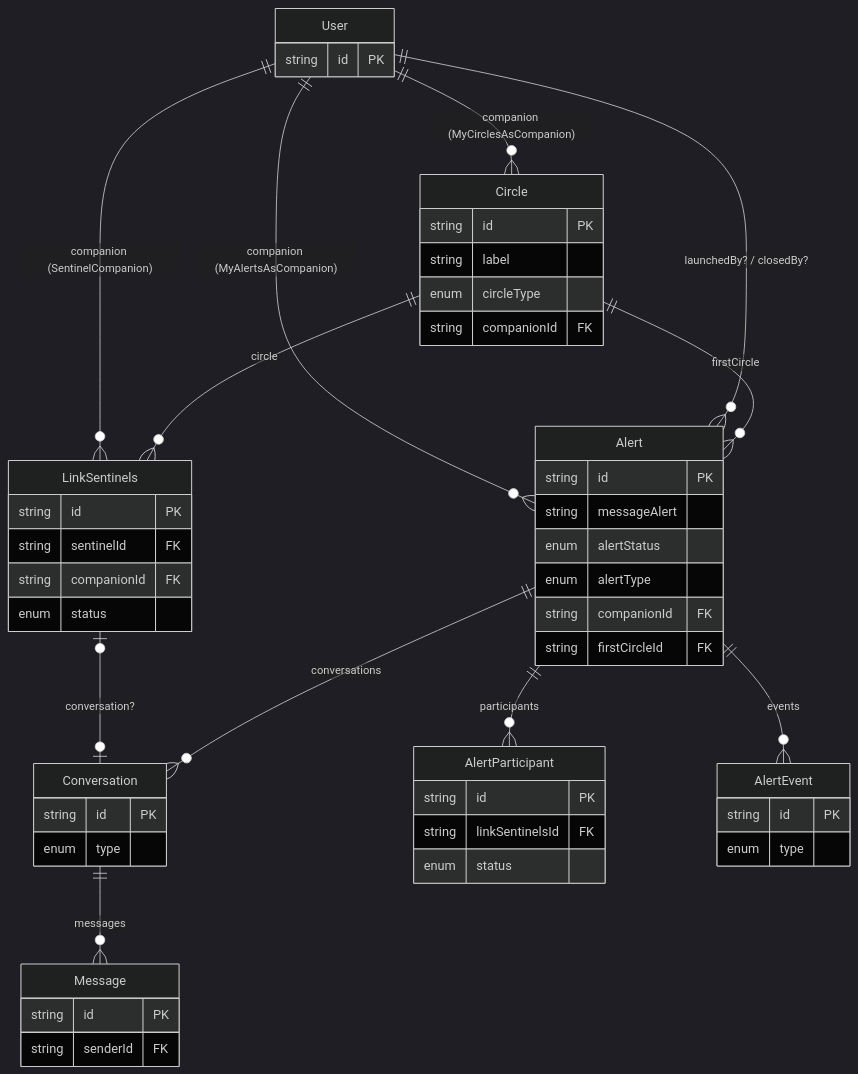
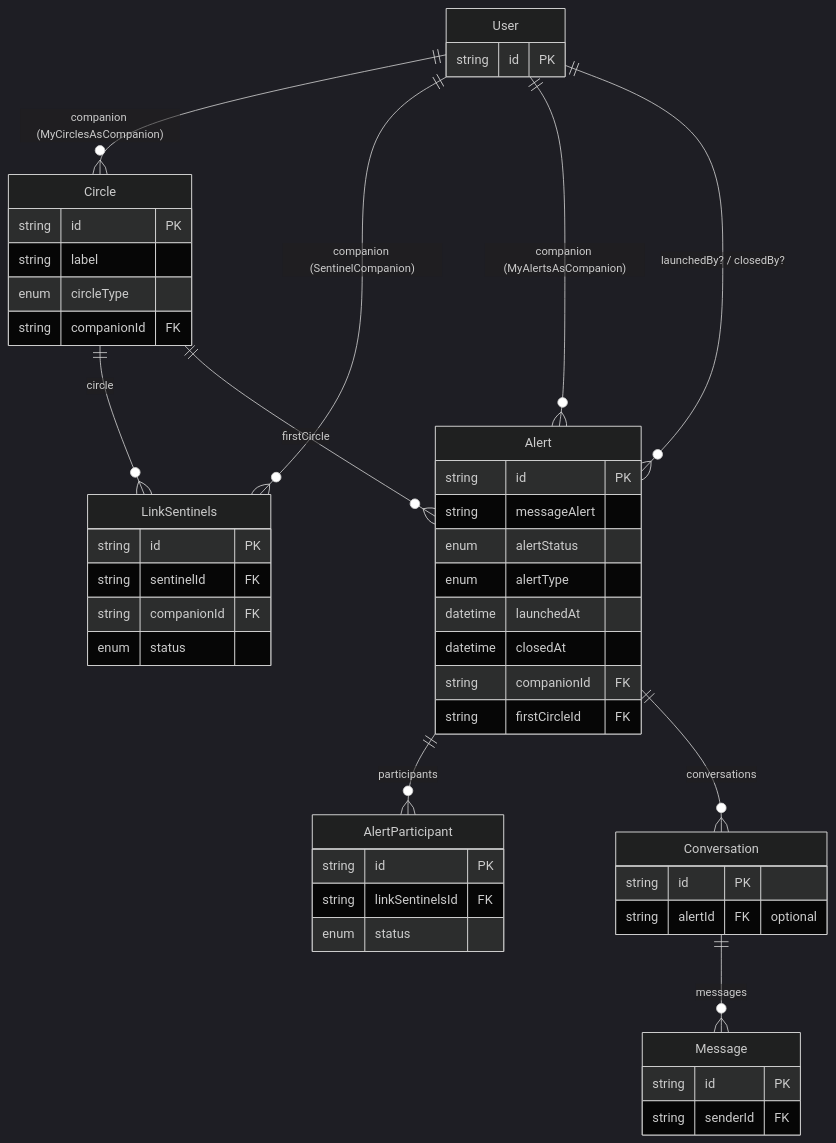
The third of 5 diagrams in backend/prisma/DB_schéma.md (Sylvfo/MySentinelCircle), drawn with Mermaid (dark theme) before and after one commit. The commit also changed other lines of this file and 2 other files, not shown here.

````diff
--- a/backend/prisma/DB_schéma.md
+++ b/backend/prisma/DB_schéma.md
@@ -186,55 +167,51 @@
 ```mermaid
 erDiagram
   User          ||--o{ Circle             : "companion (MyCirclesAsCompanion)"
   User          ||--o{ LinkSentinels      : "companion (SentinelCompanion)"
   User          ||--o{ Alert              : "companion (MyAlertsAsCompanion)"
   User          ||--o{ Alert              : "launchedBy? / closedBy?"
   Circle        ||--o{ LinkSentinels      : "circle"
   Circle        ||--o{ Alert              : "firstCircle"
-  LinkSentinels |o--o| Conversation       : "conversation?"
   Alert         ||--o{ AlertParticipant   : "participants"
   Alert         ||--o{ Conversation       : "conversations"
-  Alert         ||--o{ AlertEvent         : "events"
   Conversation  ||--o{ Message            : "messages"
 
   User {
     string id PK
   }
   Circle {
     string id PK
     string label
     enum   circleType
     string companionId FK
   }
   LinkSentinels {
     string id PK
     string sentinelId FK
     string companionId FK
     enum   status
   }
   Alert {
     string id PK
     string messageAlert
     enum   alertStatus
     enum   alertType
+    datetime launchedAt
+    datetime closedAt
     string companionId FK
     string firstCircleId FK
   }
   AlertParticipant {
     string id PK
     string linkSentinelsId FK
     enum   status
   }
-  AlertEvent {
-    string id PK
-    enum   type
-  }
   Conversation {
     string id PK
-    enum   type
+    string alertId FK "optional"
   }
   Message {
     string id PK
     string senderId FK
   }
 ```
````
